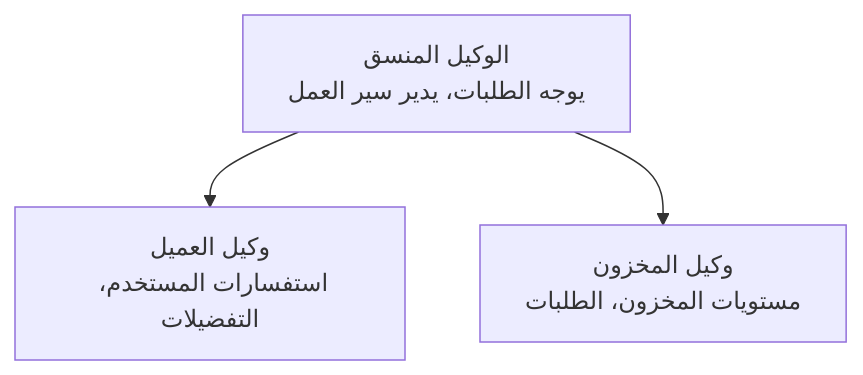
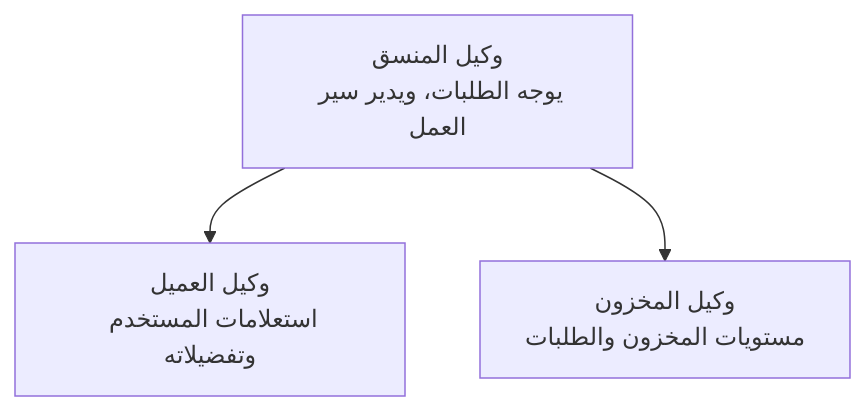
Before and after one commit to microsoft/AZD-for-beginners: the diagram in translations/ar/docs/chapter-05-multi-agent/README.md, drawn with Mermaid. The commit also changed other lines of this file and 101 other files, not shown here.

````diff
--- a/translations/ar/docs/chapter-05-multi-agent/README.md
+++ b/translations/ar/docs/chapter-05-multi-agent/README.md
@@ -50,5 +52,5 @@
 ```mermaid
 graph TD
-    Orchestrator[الوكيل المنسق<br/>يوجه الطلبات، يدير سير العمل] --> Customer[وكيل العميل<br/>استفسارات المستخدم، التفضيلات]
-    Orchestrator --> Inventory[وكيل المخزون<br/>مستويات المخزون، الطلبات]
+    Orchestrator[وكيل المنسق<br/>يوجه الطلبات، ويدير سير العمل] --> Customer[وكيل العميل<br/>استعلامات المستخدم وتفضيلاته]
+    Orchestrator --> Inventory[وكيل المخزون<br/>مستويات المخزون والطلبات]
 ```
````
